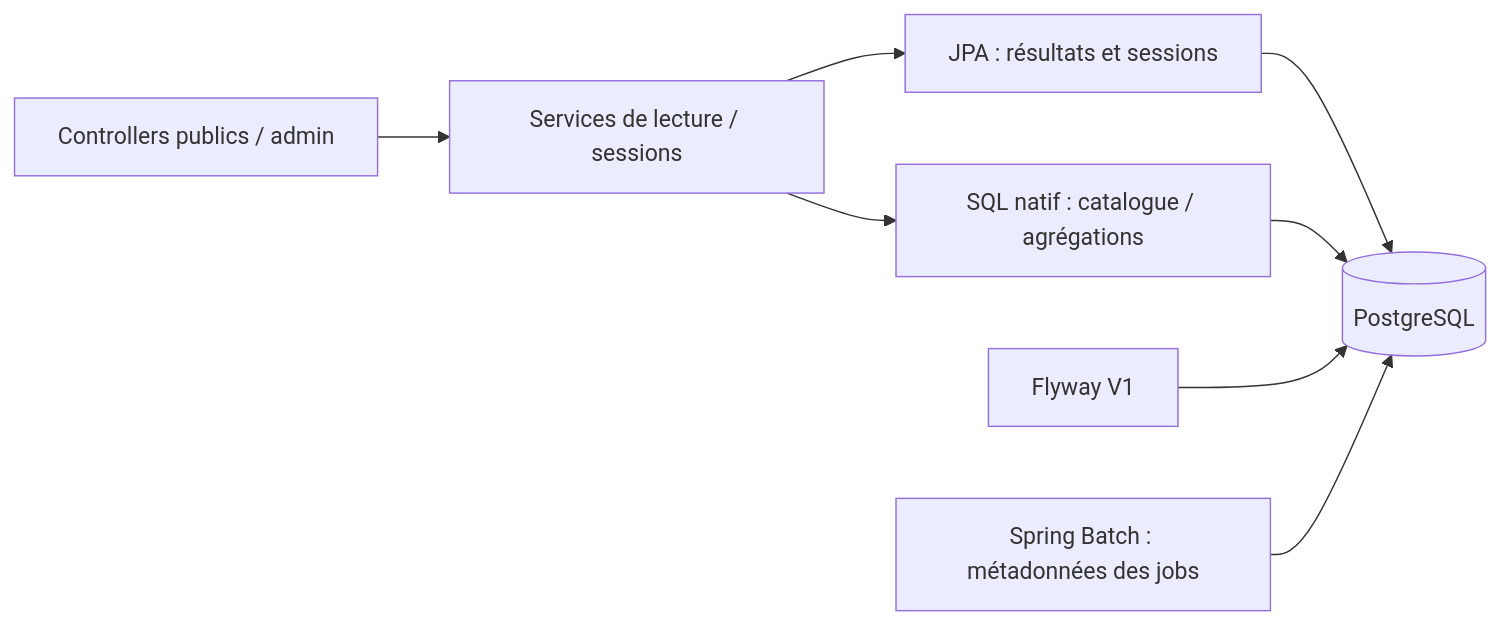
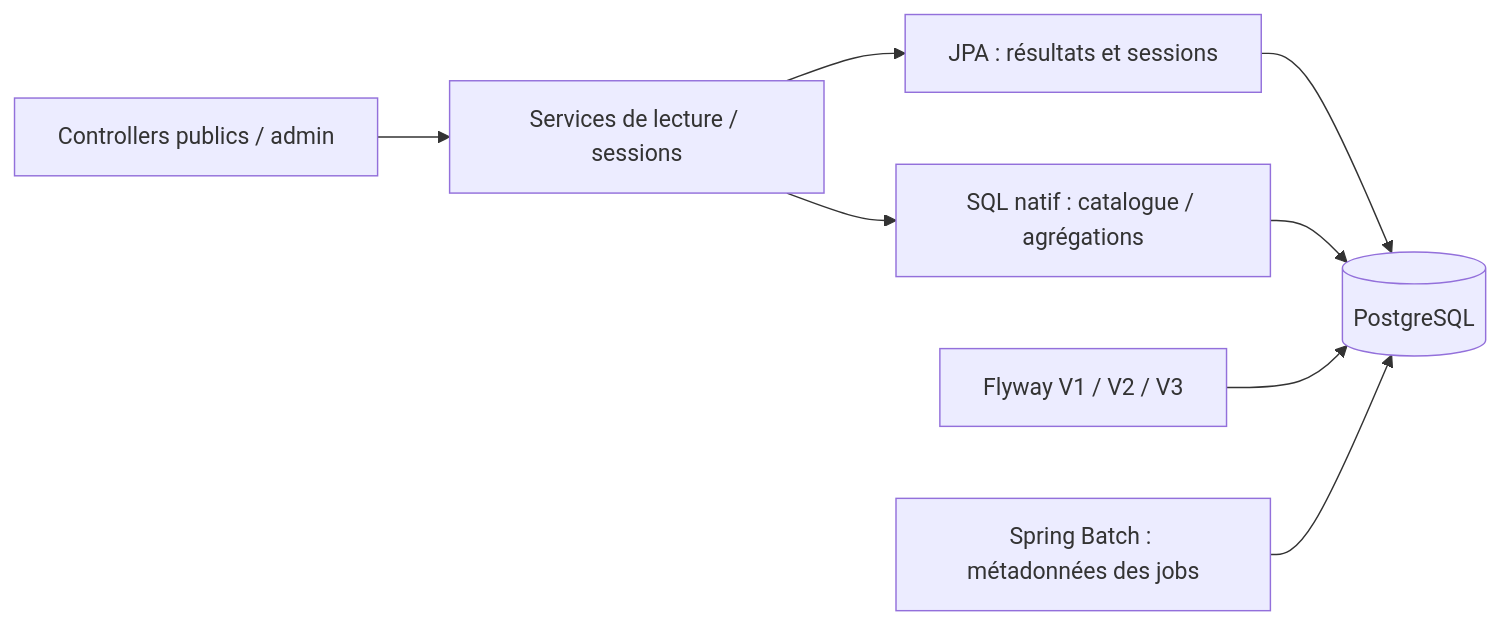
Before and after one commit to yabedmohamedval/natijati-mr-api: the second of 3 diagrams in docs/ARCHITECTURE.md, drawn with Mermaid. The commit also changed other lines of this file and 41 other files, not shown here.

````diff
--- a/docs/ARCHITECTURE.md
+++ b/docs/ARCHITECTURE.md
@@ -50,10 +50,10 @@
 ```mermaid
 flowchart LR
     Controllers[Controllers publics / admin] --> Services[Services de lecture / sessions]
     Services --> JPA[JPA : résultats et sessions]
     Services --> Native[SQL natif : catalogue / agrégations]
     JPA --> DB[(PostgreSQL)]
     Native --> DB
-    Flyway[Flyway V1] --> DB
+    Flyway[Flyway V1 / V2 / V3] --> DB
     Batch[Spring Batch : métadonnées des jobs] --> DB
 ```
````
